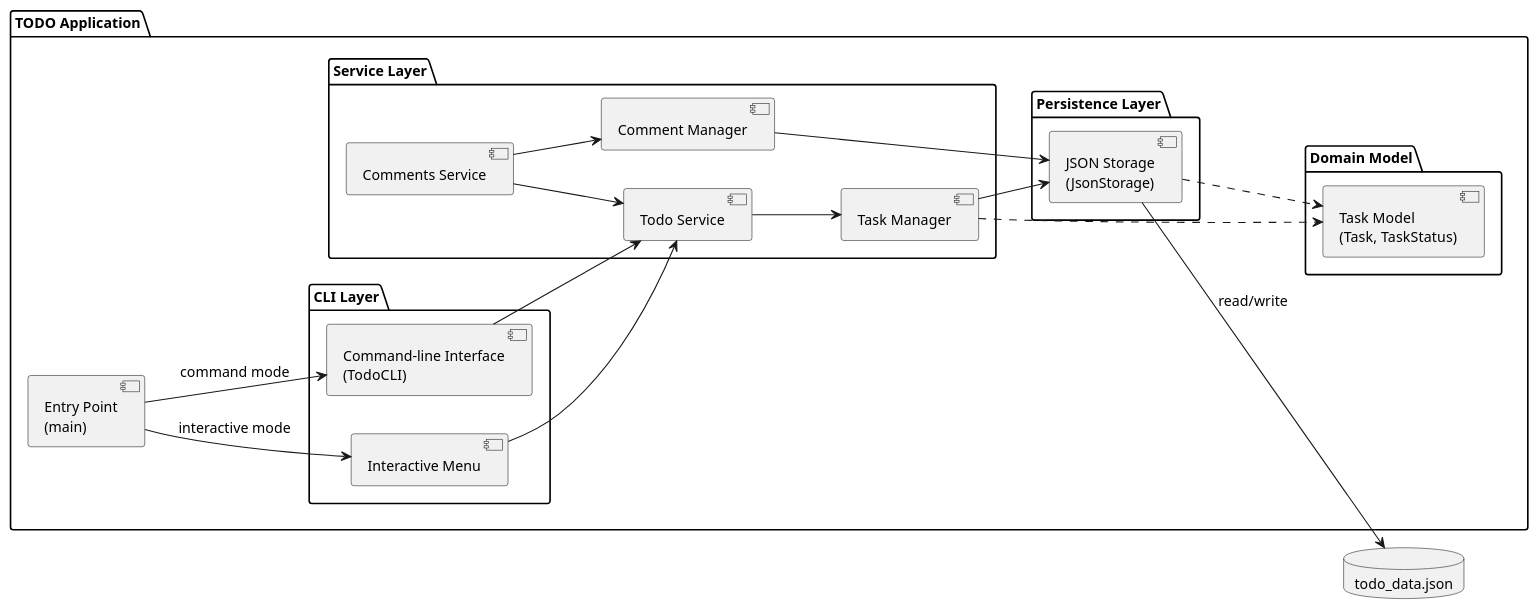
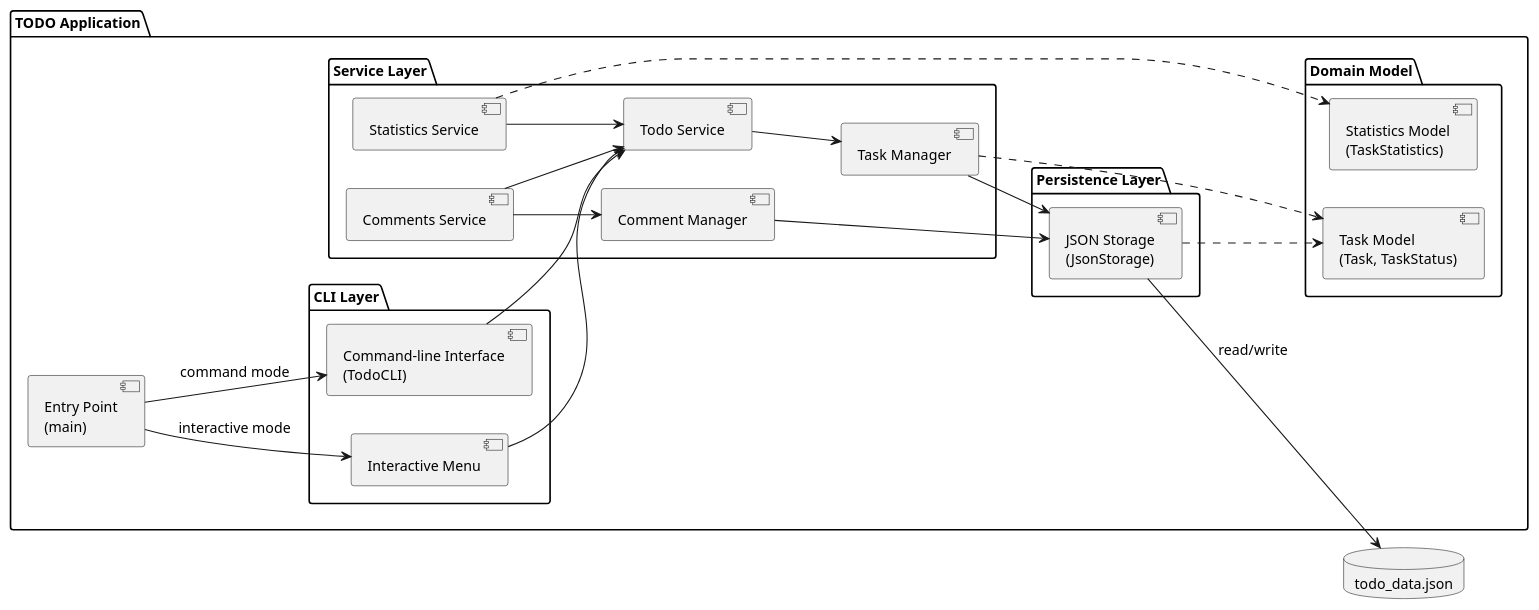
One commit to DanielRiha8906/Software_autoevolution_using_agents changed the diagram in experiments/supervisor_as_tools/test_driven/TODO/artifacts/component_diagram.puml. Above: the diagram before and after it, drawn with PlantUML. The commit also changed 10 other files, not shown here.

First line of the commit message:
task 06 | implement TaskStatisticsService for task metrics

```diff
--- a/experiments/supervisor_as_tools/test_driven/TODO/artifacts/component_diagram.puml
+++ b/experiments/supervisor_as_tools/test_driven/TODO/artifacts/component_diagram.puml
@@ -1,51 +1,55 @@
 @startuml component_diagram
 
 skinparam componentStyle uml2
 skinparam defaultFontSize 13
 
 left to right direction
 
 package "TODO Application" {
 
     component "Entry Point\n(main)" as Main
 
     package "CLI Layer" {
         component "Interactive Menu" as IM
         component "Command-line Interface\n(TodoCLI)" as CLI
     }
 
     package "Service Layer" {
         component "Todo Service" as SVC
         component "Task Manager" as MGR
         component "Comments Service" as CSVC
         component "Comment Manager" as CMGR
+        component "Statistics Service" as SSVC
     }
 
     package "Domain Model" {
         component "Task Model\n(Task, TaskStatus)" as Model
+        component "Statistics Model\n(TaskStatistics)" as StatsModel
     }
 
     package "Persistence Layer" {
         component "JSON Storage\n(JsonStorage)" as Storage
     }
 }
 
 database "todo_data.json" as DB
 
 Main --> IM : interactive mode
 Main --> CLI : command mode
 
 IM --> SVC
 CLI --> SVC
 
 SVC --> MGR
 CSVC --> SVC
 CSVC --> CMGR
+SSVC --> SVC
 MGR --> Storage
 CMGR --> Storage
 MGR ..> Model
+SSVC ..> StatsModel
 Storage ..> Model
 
 Storage --> DB : read/write
 
 @enduml
```
